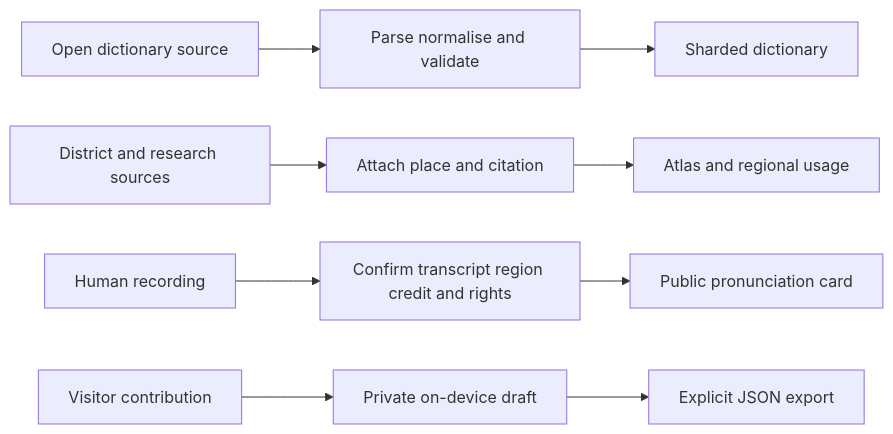
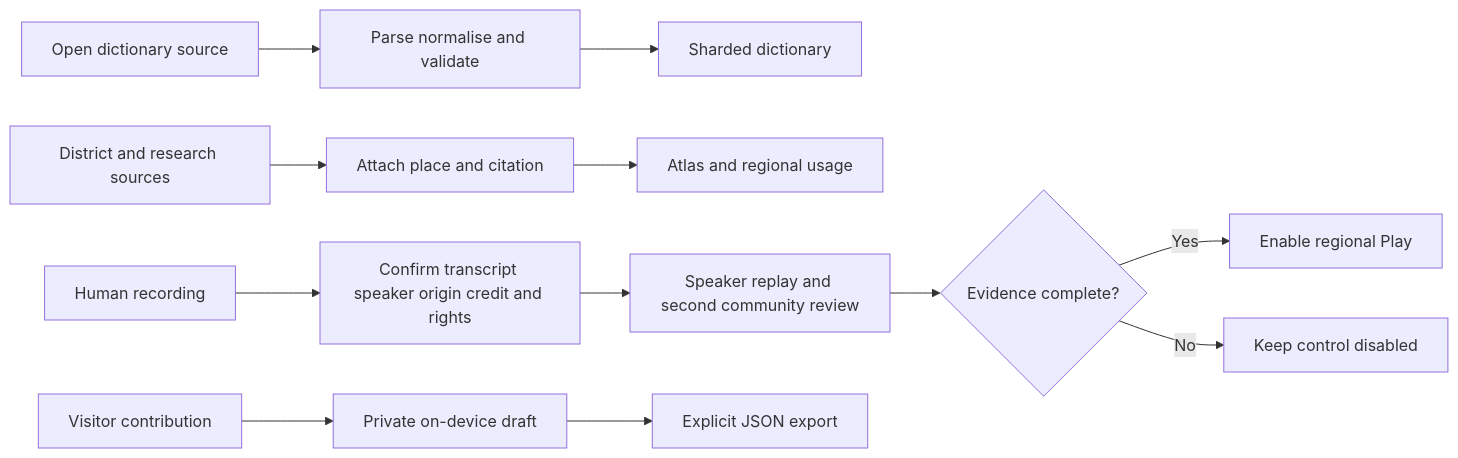
Before and after one commit to DSGAMING98/kannadada-beru: the second of 3 diagrams in README.md, drawn with Mermaid. The commit also changed other lines of this file and 45 other files, not shown here.

````diff
--- a/README.md
+++ b/README.md
@@ -151,14 +160,17 @@
 ```mermaid
 flowchart LR
     A[Open dictionary source] --> B[Parse normalise and validate]
     B --> C[Sharded dictionary]
 
     D[District and research sources] --> E[Attach place and citation]
     E --> F[Atlas and regional usage]
 
-    G[Human recording] --> H[Confirm transcript region credit and rights]
-    H --> I[Public pronunciation card]
+    G[Human recording] --> H[Confirm transcript speaker origin credit and rights]
+    H --> I[Speaker replay and second community review]
+    I --> J{Evidence complete?}
+    J -->|Yes| N[Enable regional Play]
+    J -->|No| O[Keep control disabled]
 
     K[Visitor contribution] --> L[Private on-device draft]
     L --> M[Explicit JSON export]
 ```
````
